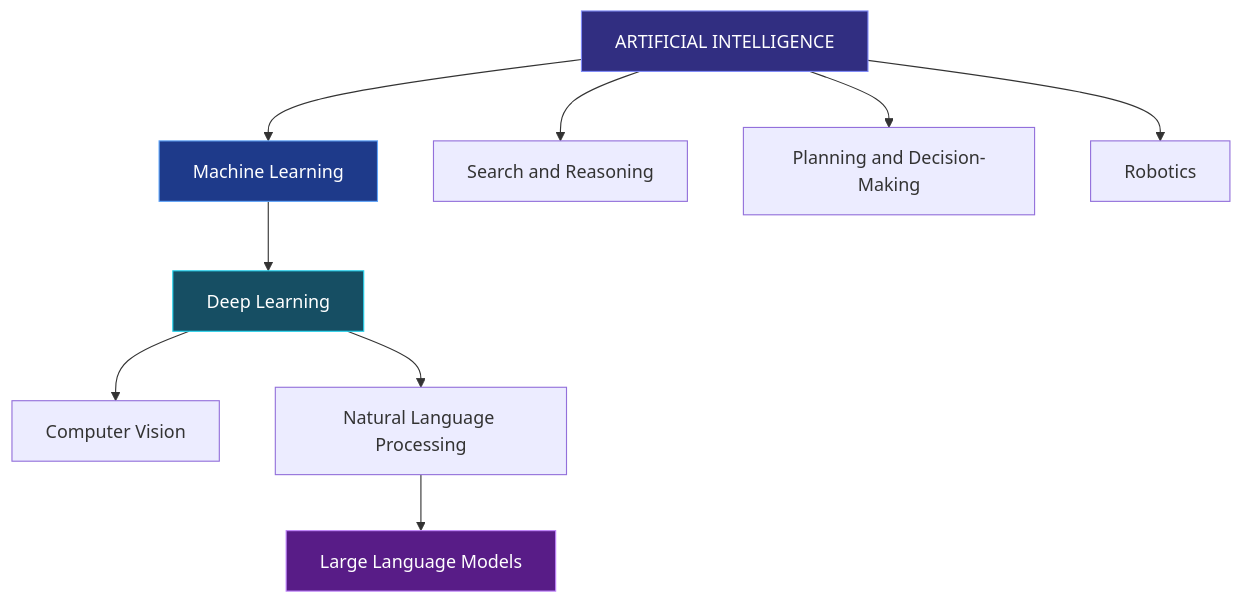
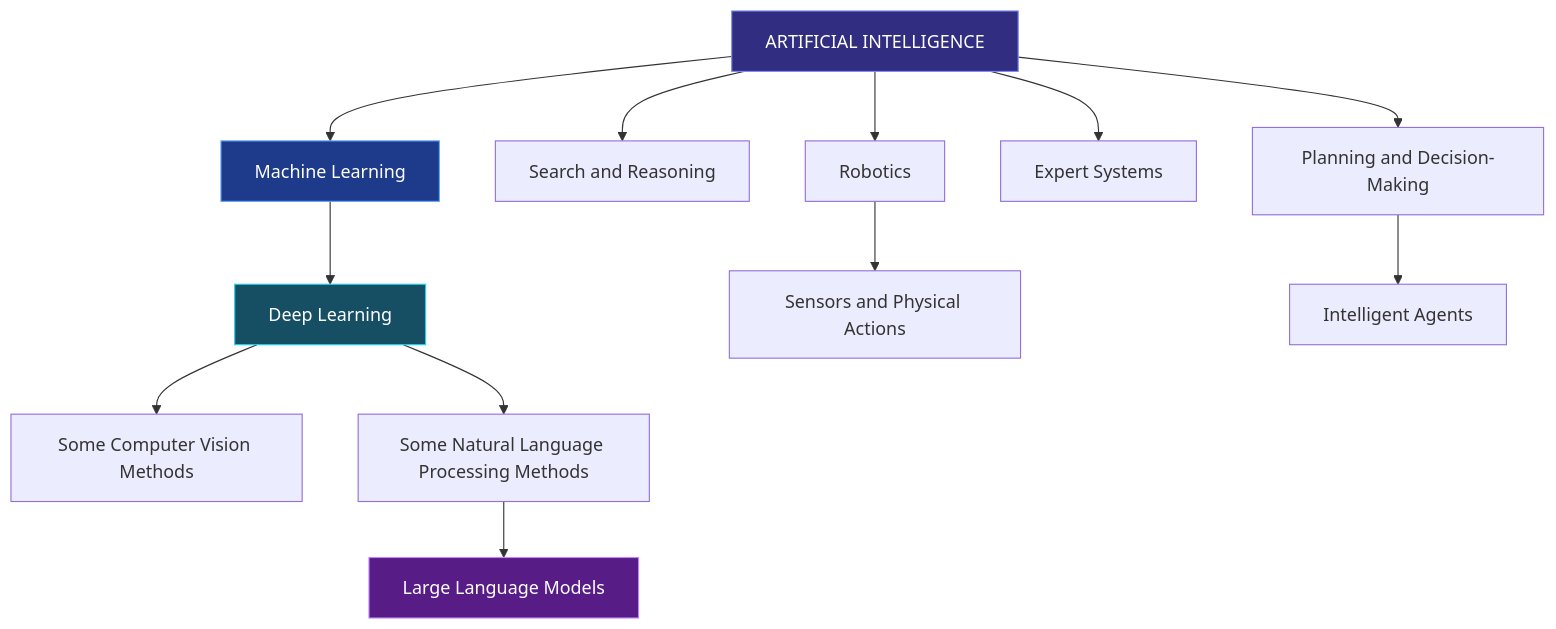
One commit to NicolausLionel/SLN changed the fourth of 6 diagrams in content/01_introduction-to-ai.md. Above: the diagram before and after it, drawn with Mermaid. The commit also changed other lines of this file, not shown here.

````diff
--- a/content/01_introduction-to-ai.md
+++ b/content/01_introduction-to-ai.md
@@ -163,17 +532,21 @@
 ```mermaid
 flowchart TD
     A["ARTIFICIAL INTELLIGENCE"] --> B["Machine Learning"]
     A --> C["Search and Reasoning"]
     A --> D["Planning and Decision-Making"]
-    A --> E["Robotics"]
+    A --> E["Expert Systems"]
+    A --> F["Robotics"]
 
-    B --> F["Deep Learning"]
-    F --> G["Computer Vision"]
-    F --> H["Natural Language Processing"]
-    H --> I["Large Language Models"]
+    B --> G["Deep Learning"]
+    G --> H["Some Computer Vision Methods"]
+    G --> I["Some Natural Language Processing Methods"]
+    I --> J["Large Language Models"]
+
+    F --> K["Sensors and Physical Actions"]
+    D --> L["Intelligent Agents"]
 
     style A fill:#312e81,color:#ffffff,stroke:#818cf8
     style B fill:#1e3a8a,color:#ffffff,stroke:#60a5fa
-    style F fill:#164e63,color:#ffffff,stroke:#22d3ee
-    style I fill:#581c87,color:#ffffff,stroke:#c084fc
+    style G fill:#164e63,color:#ffffff,stroke:#22d3ee
+    style J fill:#581c87,color:#ffffff,stroke:#c084fc
 ```
````
